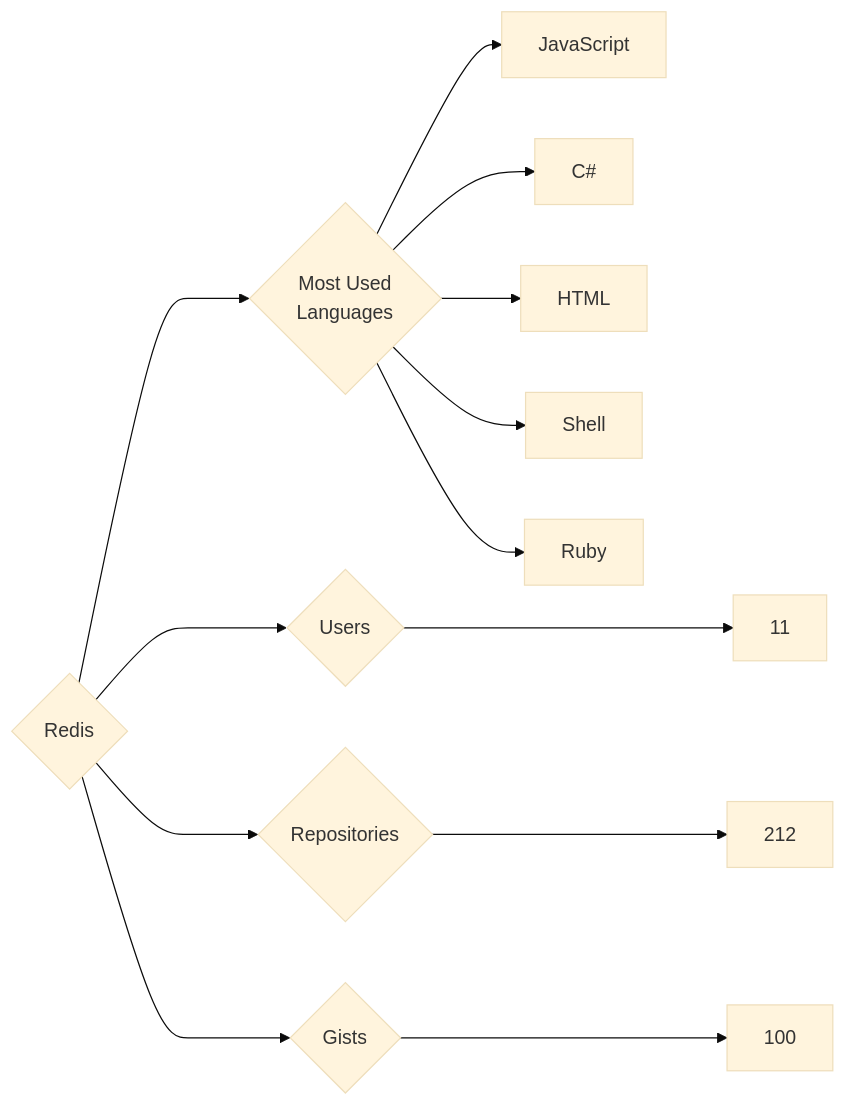
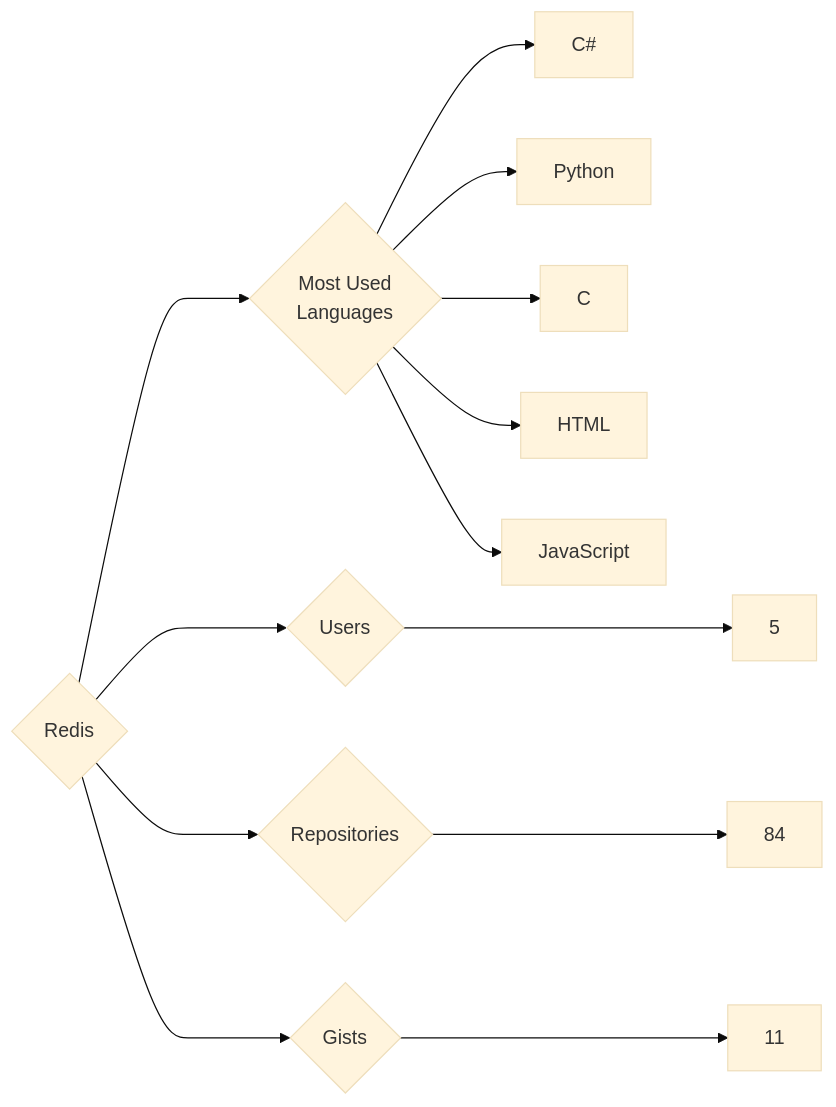
One commit to trickest/insiders changed the diagram in targets/Redis/README.md. Above: the diagram before and after it, drawn with Mermaid (base theme). The commit also changed 835 other files, not shown here.

````diff
--- a/targets/Redis/README.md
+++ b/targets/Redis/README.md
@@ -3,13 +3,13 @@
 ```mermaid
 graph LR
 COMPANY_NAME{Redis}
-COMPANY_NAME ---> U{Users} ---> UN[11]
-COMPANY_NAME ---> R{Repositories} ---> RN[212]
-COMPANY_NAME ---> G{Gists} ---> GN[100]
+COMPANY_NAME ---> U{Users} ---> UN[5]
+COMPANY_NAME ---> R{Repositories} ---> RN[84]
+COMPANY_NAME ---> G{Gists} ---> GN[11]
 COMPANY_NAME ---> ML{Most Used<br>Languages}
+ML --> C#[C#]
+ML --> Python[Python]
+ML --> C[C]
+ML --> HTML[HTML]
 ML --> JavaScript[JavaScript]
-ML --> C#[C#]
-ML --> HTML[HTML]
-ML --> Shell[Shell]
-ML --> Ruby[Ruby]
 ```
````
